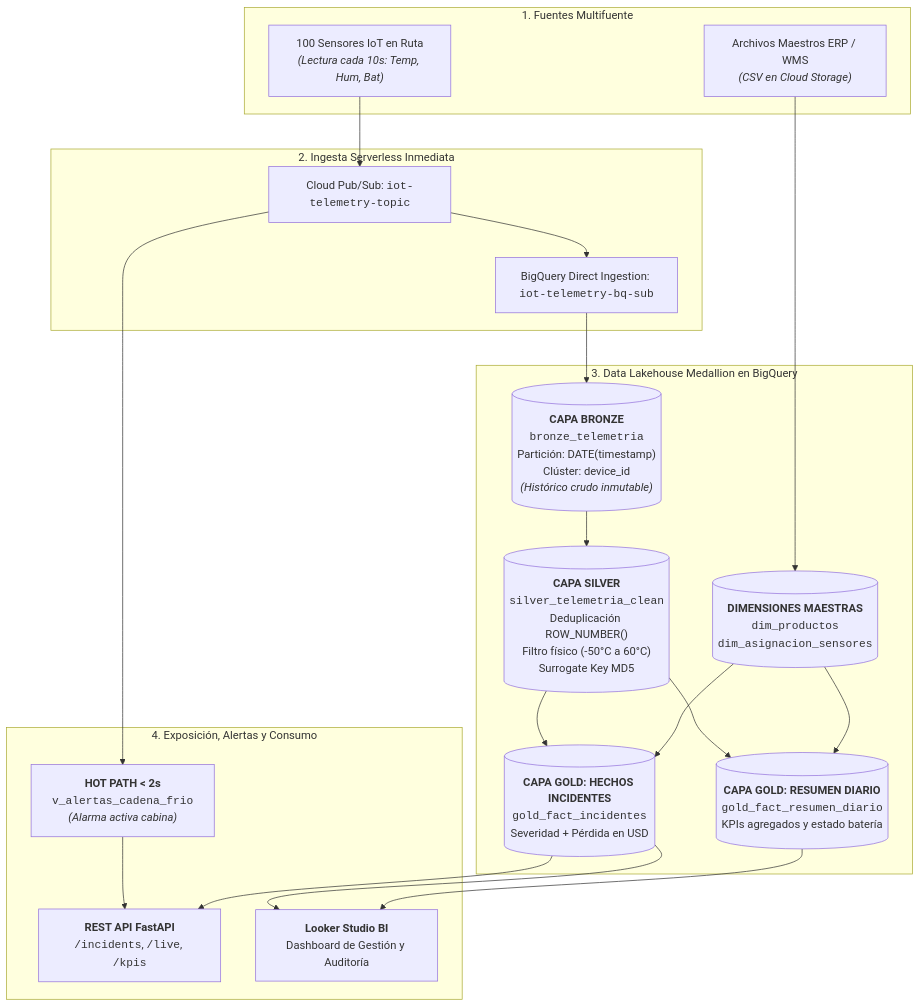
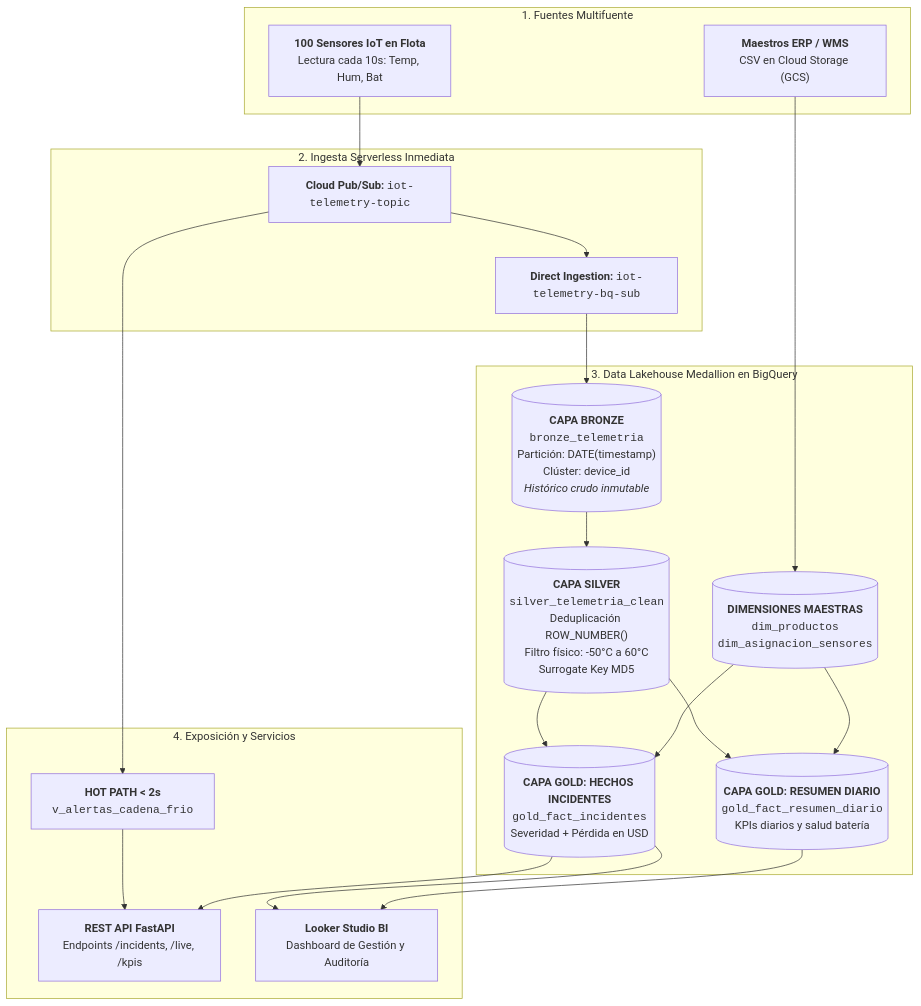
One commit to gsoto1872-blip/iot-coldchain changed the third of 5 diagrams in informe/SLIDES_SUSTENTACION.md. Above: the diagram before and after it, drawn with Mermaid. The commit also changed other lines of this file, not shown here.

Commit message:
docs(slides): expand SLIDES_SUSTENTACION.md with comprehensive slide-by-slide pedagogical guides, deep architectural breakdowns, and complete jury defense scripts

````diff
--- a/informe/SLIDES_SUSTENTACION.md
+++ b/informe/SLIDES_SUSTENTACION.md
@@ -228,38 +416,38 @@
 ```mermaid
 flowchart TD
     subgraph S1["1. Fuentes Multifuente"]
-        IoT["100 Sensores IoT en Ruta<br/><i>(Lectura cada 10s: Temp, Hum, Bat)</i>"]
-        ERP["Archivos Maestros ERP / WMS<br/><i>(CSV en Cloud Storage)</i>"]
+        IoT["<b>100 Sensores IoT en Flota</b><br/>Lectura cada 10s: Temp, Hum, Bat"]
+        ERP["<b>Maestros ERP / WMS</b><br/>CSV en Cloud Storage (GCS)"]
     end
 
     subgraph S2["2. Ingesta Serverless Inmediata"]
-        PS["Cloud Pub/Sub: <code>iot-telemetry-topic</code>"]
-        SubBQ["BigQuery Direct Ingestion: <code>iot-telemetry-bq-sub</code>"]
+        PS["<b>Cloud Pub/Sub:</b> <code>iot-telemetry-topic</code>"]
+        SubBQ["<b>Direct Ingestion:</b> <code>iot-telemetry-bq-sub</code>"]
     end
 
     subgraph S3["3. Data Lakehouse Medallion en BigQuery"]
-        Bronze[("<b>CAPA BRONZE</b><br/><code>bronze_telemetria</code><br/>Partición: DATE(timestamp)<br/>Clúster: device_id<br/><i>(Histórico crudo inmutable)</i>")]
-        Silver[("<b>CAPA SILVER</b><br/><code>silver_telemetria_clean</code><br/>Deduplicación ROW_NUMBER()<br/>Filtro físico (-50°C a 60°C)<br/>Surrogate Key MD5")]
+        Bronze[("<b>CAPA BRONZE</b><br/><code>bronze_telemetria</code><br/>Partición: DATE(timestamp)<br/>Clúster: device_id<br/><i>Histórico crudo inmutable</i>")]
+        Silver[("<b>CAPA SILVER</b><br/><code>silver_telemetria_clean</code><br/>Deduplicación ROW_NUMBER()<br/>Filtro físico: -50°C a 60°C<br/>Surrogate Key MD5")]
         Gold_Inc[("<b>CAPA GOLD: HECHOS INCIDENTES</b><br/><code>gold_fact_incidentes</code><br/>Severidad + Pérdida en USD")]
-        Gold_Day[("<b>CAPA GOLD: RESUMEN DIARIO</b><br/><code>gold_fact_resumen_diario</code><br/>KPIs agregados y estado batería")]
+        Gold_Day[("<b>CAPA GOLD: RESUMEN DIARIO</b><br/><code>gold_fact_resumen_diario</code><br/>KPIs diarios y salud batería")]
         Dims[("<b>DIMENSIONES MAESTRAS</b><br/><code>dim_productos</code><br/><code>dim_asignacion_sensores</code>")]
     end
 
-    subgraph S4["4. Exposición, Alertas y Consumo"]
-        Hot["<b>HOT PATH &lt; 2s</b><br/><code>v_alertas_cadena_frio</code><br/><i>(Alarma activa cabina)</i>"]
-        API["<b>REST API FastAPI</b><br/><code>/incidents</code>, <code>/live</code>, <code>/kpis</code>"]
+    subgraph S4["4. Exposición y Servicios"]
+        Hot["<b>HOT PATH &lt; 2s</b><br/><code>v_alertas_cadena_frio</code>"]
+        API["<b>REST API FastAPI</b><br/>Endpoints /incidents, /live, /kpis"]
         Looker["<b>Looker Studio BI</b><br/>Dashboard de Gestión y Auditoría"]
     end
 
     IoT --> PS --> SubBQ --> Bronze
     ERP --> Dims
     PS --> Hot --> API
     Bronze --> Silver
     Silver --> Gold_Inc
     Silver --> Gold_Day
     Dims --> Gold_Inc
     Dims --> Gold_Day
     Gold_Inc --> API
     Gold_Inc --> Looker
     Gold_Day --> Looker
 ```
````
